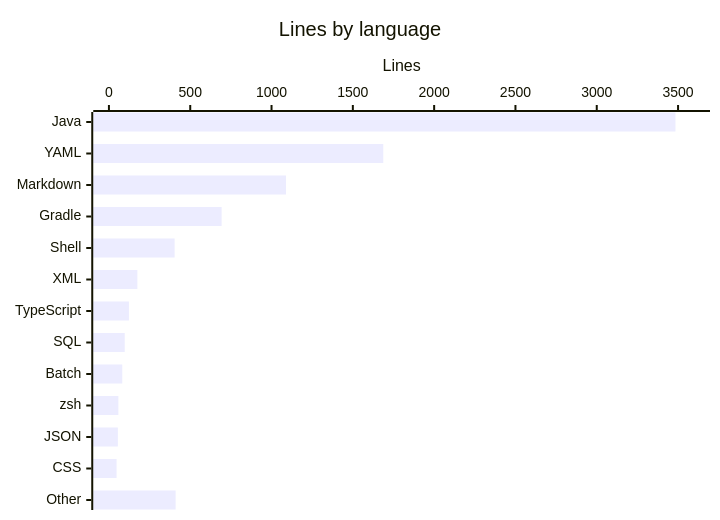
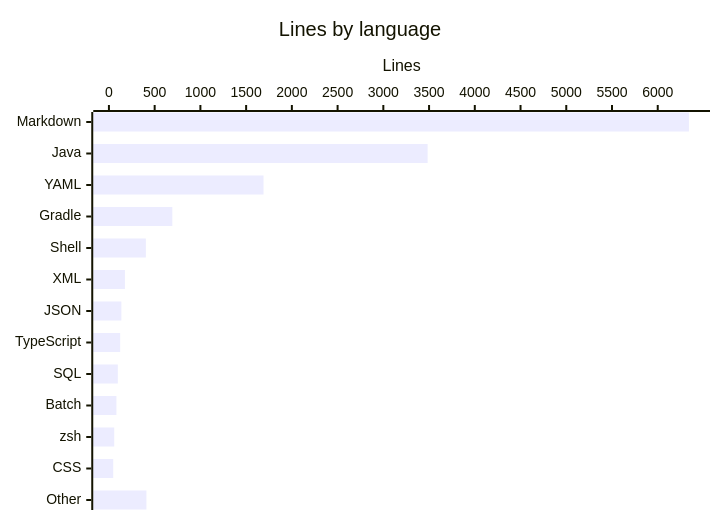
Before and after one commit to factory-aj-pahl/mockingbird-bank: the first of 2 diagrams in droid-wiki/by-the-numbers.md, drawn with Mermaid. The commit also changed other lines of this file and 7 other files, not shown here.

````diff
--- a/droid-wiki/by-the-numbers.md
+++ b/droid-wiki/by-the-numbers.md
@@ -11,7 +13,7 @@
 ```mermaid
 xychart-beta horizontal
     title "Lines by language"
-    x-axis ["Java", "YAML", "Markdown", "Gradle", "Shell", "XML", "TypeScript", "SQL", "Batch", "zsh", "JSON", "CSS", "Other"]
-    y-axis "Lines" 0 --> 3600
-    bar [3484, 1687, 1089, 693, 404, 175, 123, 97, 82, 58, 55, 47, 410]
+    x-axis ["Markdown", "Java", "YAML", "Gradle", "Shell", "XML", "JSON", "TypeScript", "SQL", "Batch", "zsh", "CSS", "Other"]
+    y-axis "Lines" 0 --> 6400
+    bar [6341, 3484, 1690, 693, 404, 175, 136, 123, 97, 82, 58, 47, 410]
 ```
````
